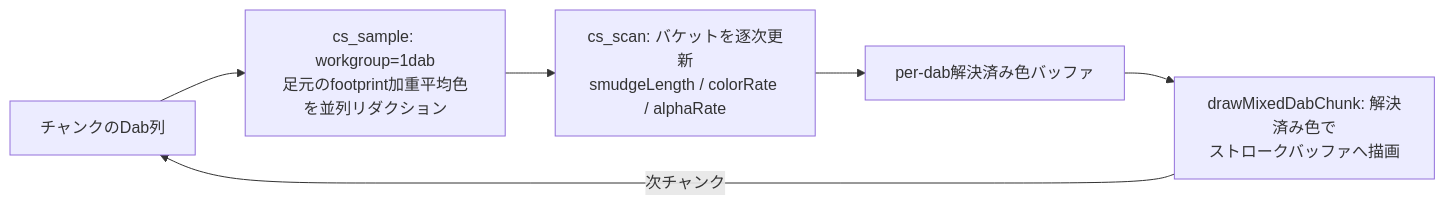
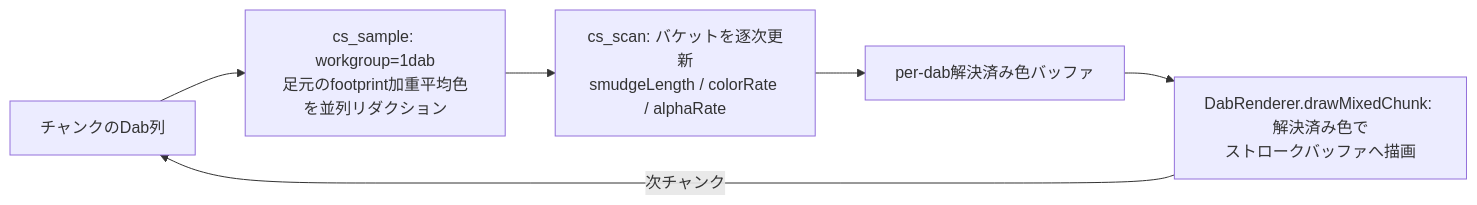
Before and after one commit to hanakla/paplico: the third of 3 diagrams in pkgs/web/src/app/devdocs/renderer/brush/page.mdx, drawn with Mermaid. The commit also changed other lines of this file and 57 other files, not shown here.

````diff
--- a/pkgs/web/src/app/devdocs/renderer/brush/page.mdx
+++ b/pkgs/web/src/app/devdocs/renderer/brush/page.mdx
@@ -234,8 +260,8 @@
 ```mermaid
 flowchart LR
     A[チャンクのDab列] --> B["cs_sample: workgroup=1dab<br/>足元のfootprint加重平均色を並列リダクション"]
     B --> C["cs_scan: バケットを逐次更新<br/>smudgeLength / colorRate / alphaRate"]
     C --> D[per-dab解決済み色バッファ]
-    D --> E["drawMixedDabChunk: 解決済み色で<br/>ストロークバッファへ描画"]
+    D --> E["DabRenderer.drawMixedChunk: 解決済み色で<br/>ストロークバッファへ描画"]
     E -->|次チャンク| A
 ```
````
